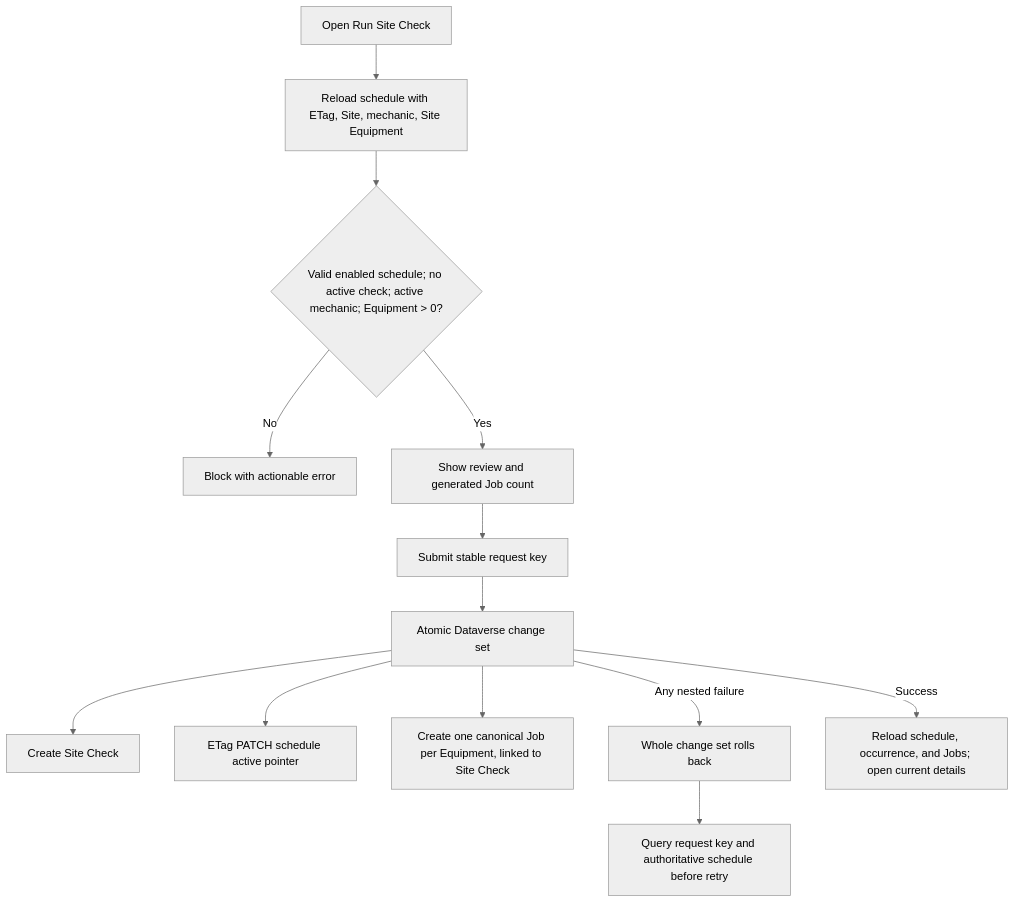
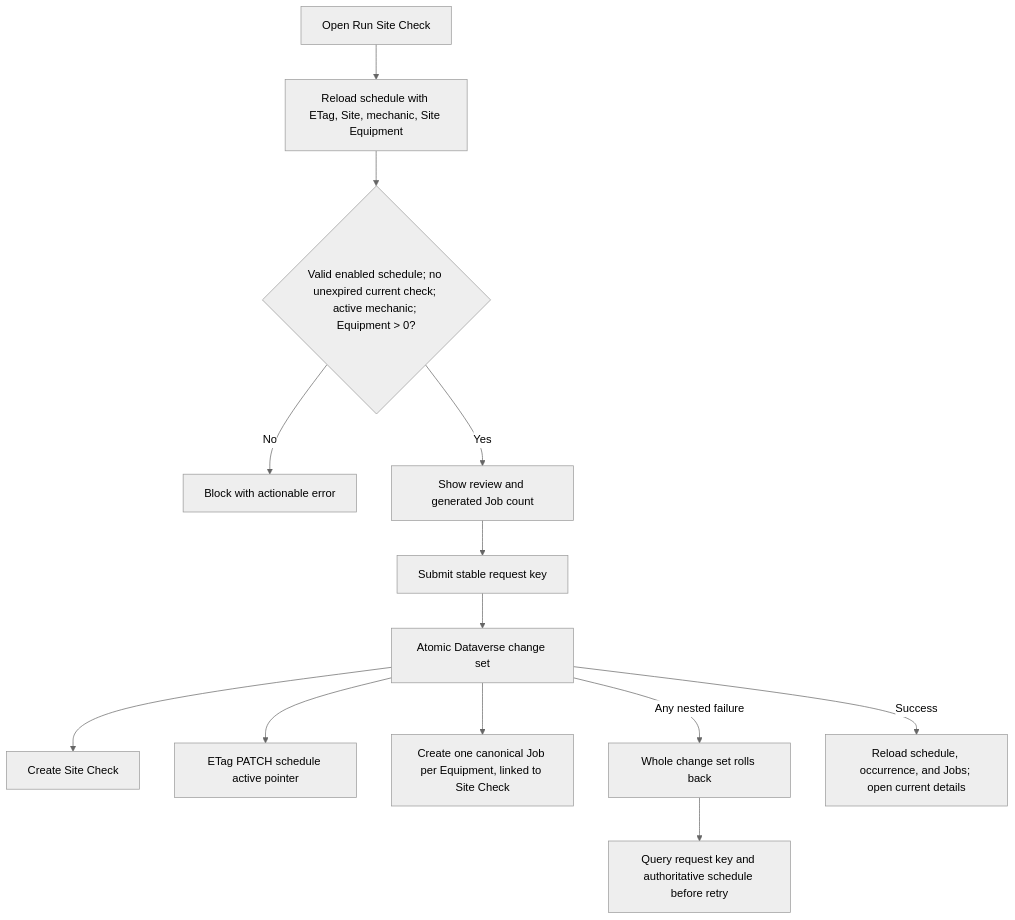
Before and after one commit to robsongeor/service-operations: the third of 6 diagrams in docs/features/SITE_CHECKS_IMPLEMENTATION_PLAN.md, drawn with Mermaid (neutral theme). The commit also changed other lines of this file and 41 other files, not shown here.

````diff
--- a/docs/features/SITE_CHECKS_IMPLEMENTATION_PLAN.md
+++ b/docs/features/SITE_CHECKS_IMPLEMENTATION_PLAN.md
@@ -439,15 +446,15 @@
 ```mermaid
 flowchart TD
     A["Open Run Site Check"] --> B["Reload schedule with ETag, Site, mechanic, Site Equipment"]
-    B --> C{"Valid enabled schedule; no active check; active mechanic; Equipment > 0?"}
+    B --> C{"Valid enabled schedule; no unexpired current check; active mechanic; Equipment > 0?"}
     C -->|No| X["Block with actionable error"]
     C -->|Yes| D["Show review and generated Job count"]
     D --> E["Submit stable request key"]
     E --> F["Atomic Dataverse change set"]
     F --> G["Create Site Check"]
     F --> H["ETag PATCH schedule active pointer"]
     F --> I["Create one canonical Job per Equipment, linked to Site Check"]
     F -->|Any nested failure| J["Whole change set rolls back"]
     J --> K["Query request key and authoritative schedule before retry"]
     F -->|Success| L["Reload schedule, occurrence, and Jobs; open current details"]
 ```
````
